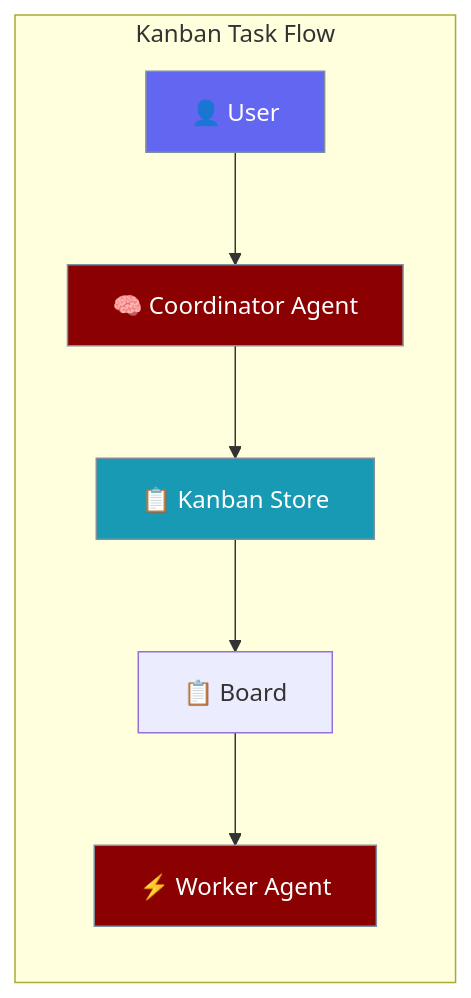
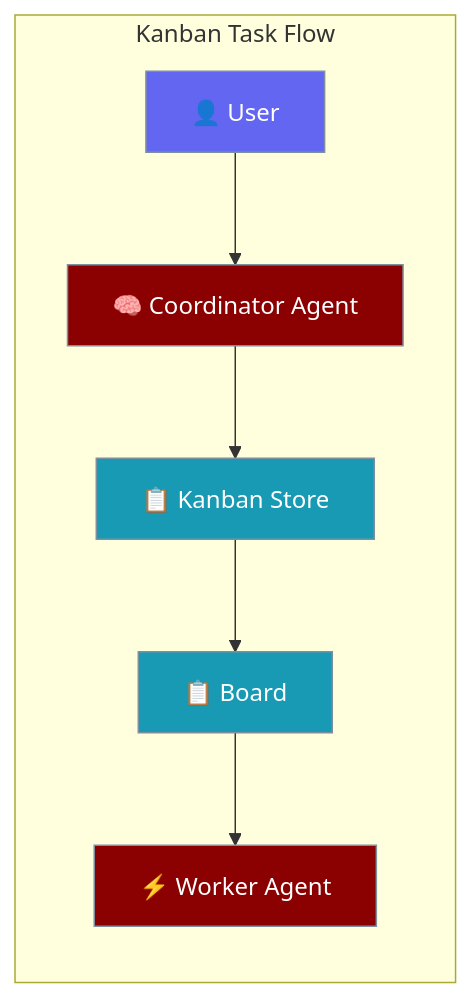
The first of 8 diagrams in docs/features/kanban.mdx (MervinPraison/PraisonAIDocs), drawn with Mermaid before and after one commit. The commit also changed other lines of this file, not shown here.

First line of the commit message:
docs: fix hero diagram classDef duplicates and remove duplicate status flow diagram

````diff
--- a/docs/features/kanban.mdx
+++ b/docs/features/kanban.mdx
@@ -10,22 +10,18 @@
 ```mermaid
 graph LR
     subgraph "Kanban Task Flow"
         User[👤 User] --> Coordinator[🧠 Coordinator Agent]
         Coordinator --> Store[📋 Kanban Store]
         Store --> Board[📋 Board]
         Board --> Worker[⚡ Worker Agent]
     end
     
     classDef user fill:#6366F1,stroke:#7C90A0,color:#fff
     classDef agent fill:#8B0000,stroke:#7C90A0,color:#fff
     classDef store fill:#189AB4,stroke:#7C90A0,color:#fff
     classDef result fill:#10B981,stroke:#7C90A0,color:#fff
     
     class User user
     class Coordinator,Worker agent
-    class Store store
-    class Results result
-
-    classDef agent fill:#8B0000,color:#fff
-    classDef tool fill:#189AB4,color:#fff
+    class Store,Board store
 ```
````
